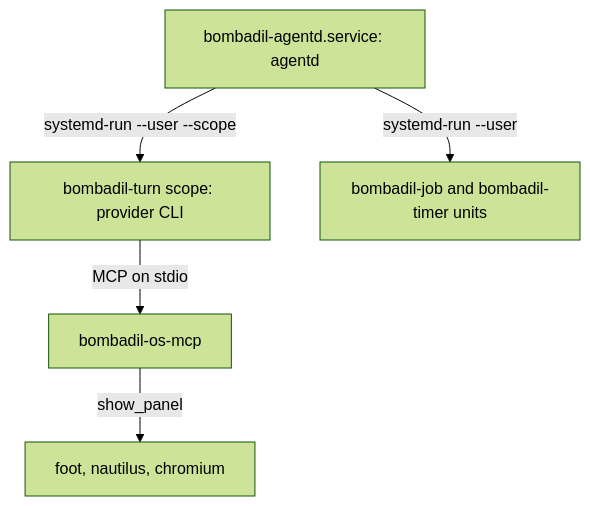
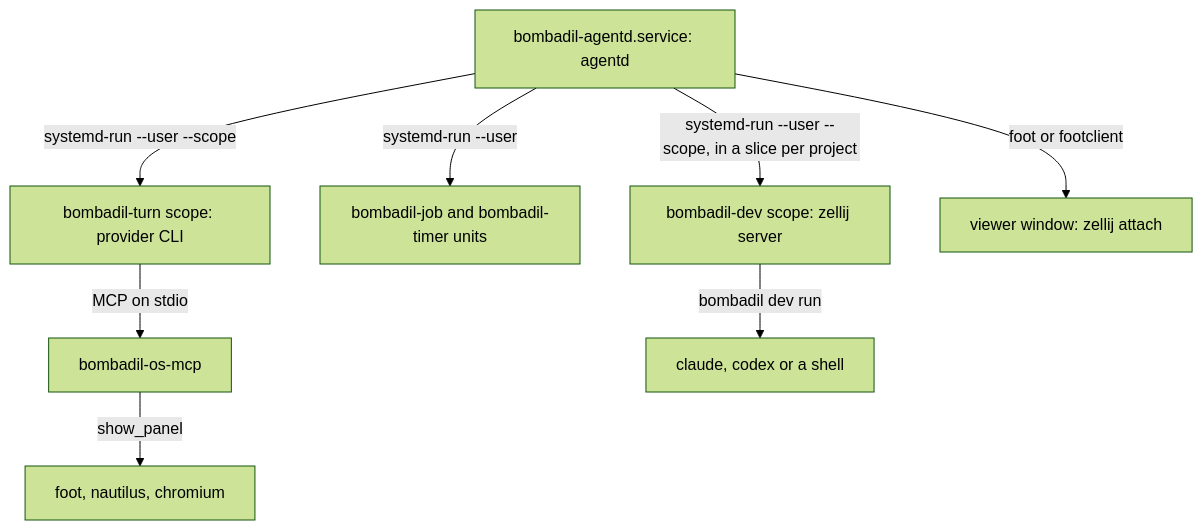
The second of 2 diagrams in docs/reference.md (thedefaultman/Bombadil), drawn with Mermaid (forest theme) before and after one commit. The commit also changed other lines of this file and 37 other files, not shown here.

````diff
--- a/docs/reference.md
+++ b/docs/reference.md
@@ -249,7 +272,10 @@
 ```mermaid
 flowchart TB
     agentd["bombadil-agentd.service: agentd"] -->|"systemd-run --user --scope"| turn["bombadil-turn scope: provider CLI"]
     turn -->|"MCP on stdio"| mcp["bombadil-os-mcp"]
     mcp -->|"show_panel"| panels["foot, nautilus, chromium"]
     agentd -->|"systemd-run --user"| jobs["bombadil-job and bombadil-timer units"]
+    agentd -->|"systemd-run --user --scope, in a slice per project"| session["bombadil-dev scope: zellij server"]
+    session -->|"bombadil dev run"| tool["claude, codex or a shell"]
+    agentd -->|"foot or footclient"| viewer["viewer window: zellij attach"]
 ```
````
